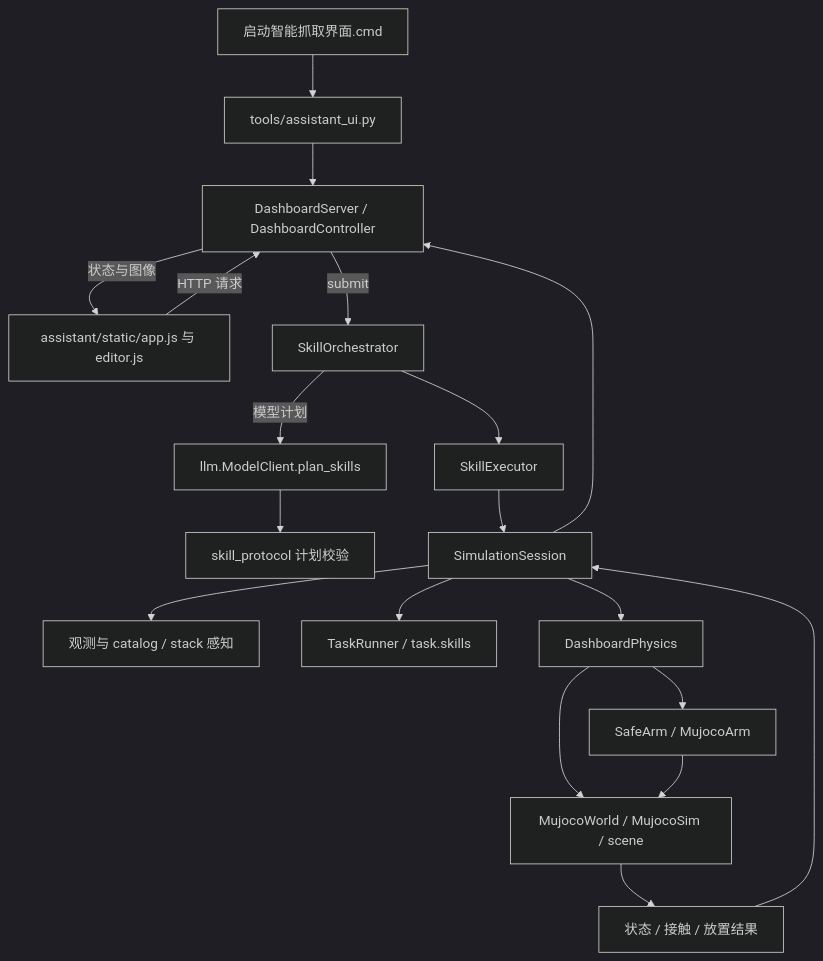
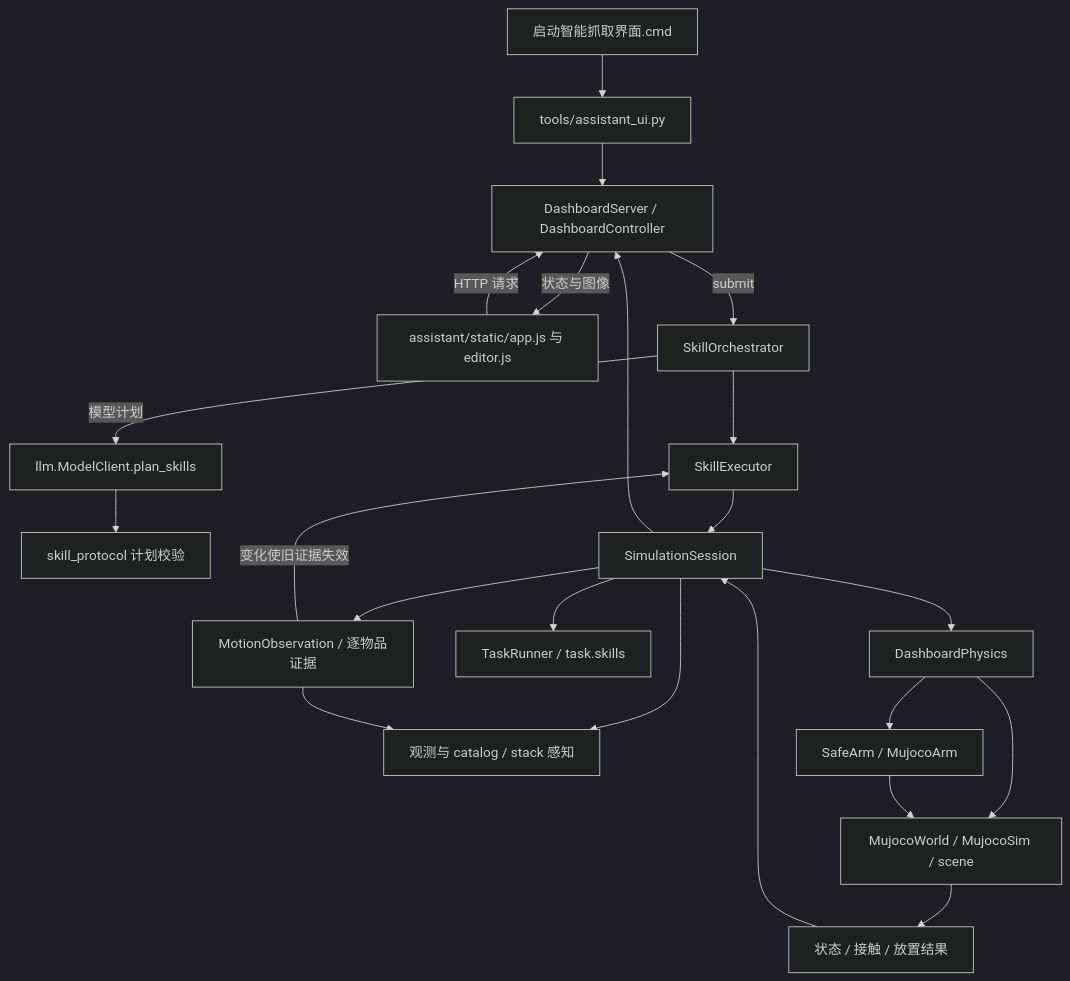
Before and after one commit to Camellia-zsc/Robot-Grasp: the diagram in docs/architecture/graphify-guide.md, drawn with Mermaid (dark theme). The commit also changed other lines of this file and 16 other files, not shown here.

````diff
--- a/docs/architecture/graphify-guide.md
+++ b/docs/architecture/graphify-guide.md
@@ -19,21 +19,24 @@
 ```mermaid
 flowchart TD
     Start[启动智能抓取界面.cmd] --> UI[tools/assistant_ui.py]
     UI --> Server[DashboardServer / DashboardController]
     Browser[assistant/static/app.js 与 editor.js] -->|HTTP 请求| Server
     Server -->|submit| Orchestrator[SkillOrchestrator]
     Orchestrator -->|模型计划| Model[llm.ModelClient.plan_skills]
     Model --> Protocol[skill_protocol 计划校验]
     Orchestrator --> Executor[SkillExecutor]
     Executor --> Session[SimulationSession]
     Session --> Perception[观测与 catalog / stack 感知]
+    Session --> Incremental[MotionObservation / 逐物品证据]
+    Incremental --> Perception
+    Incremental -->|变化使旧证据失效| Executor
     Session --> Runner[TaskRunner / task.skills]
     Session --> Physics[DashboardPhysics]
     Physics --> Arm[SafeArm / MujocoArm]
     Physics --> Engine[MujocoWorld / MujocoSim / scene]
     Arm --> Engine
     Engine --> Feedback[状态 / 接触 / 放置结果]
     Feedback --> Session
     Session --> Server
     Server -->|状态与图像| Browser
 ```
````
